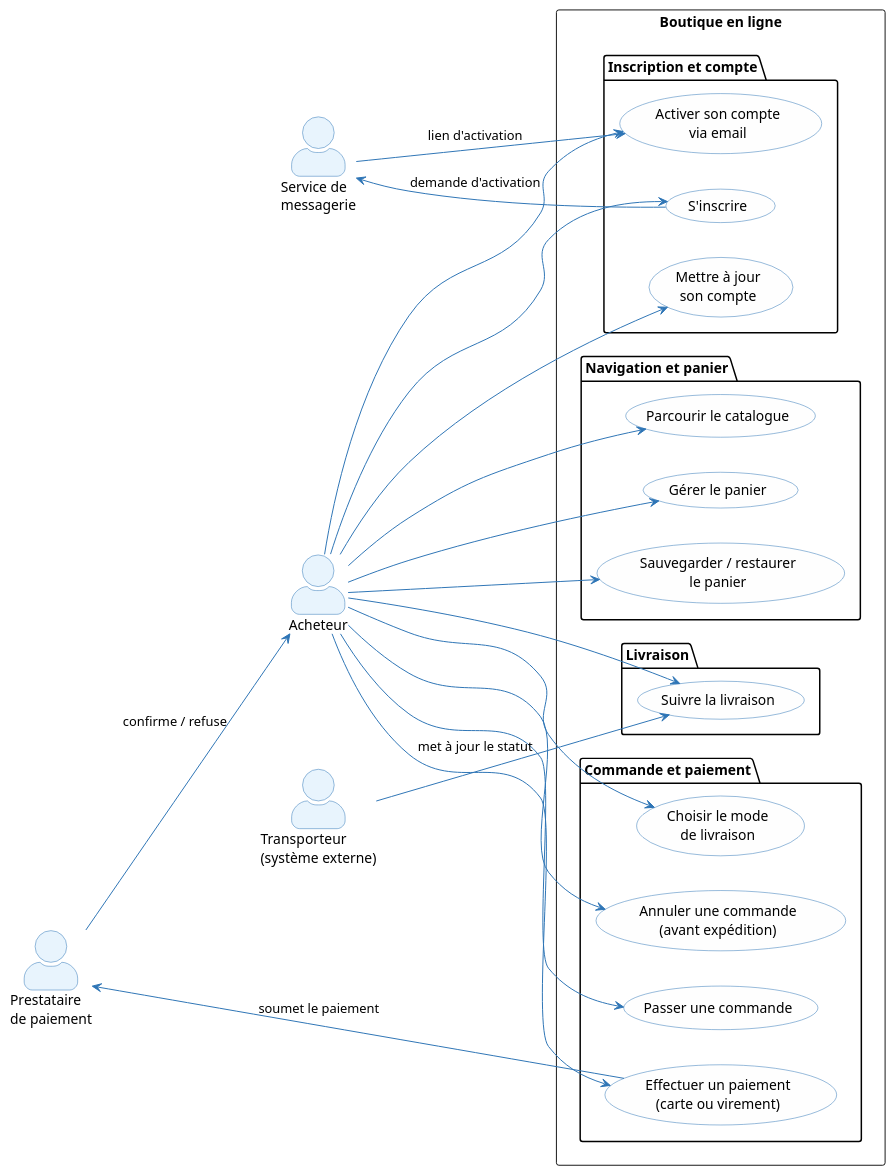
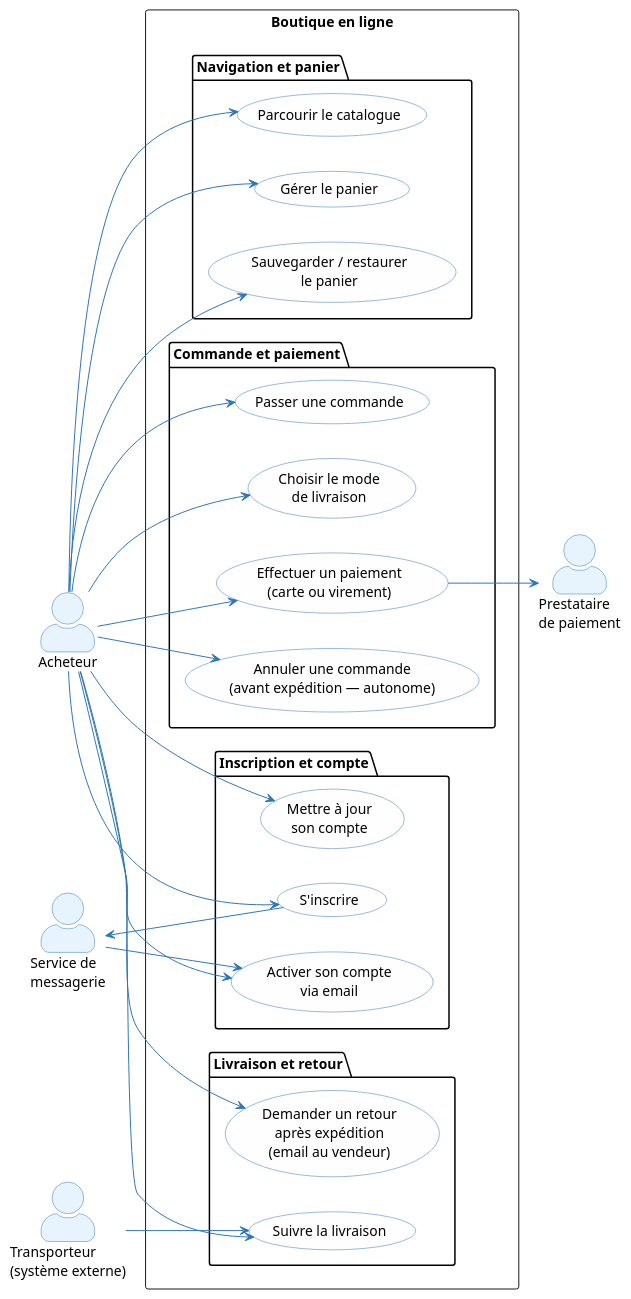
One commit to louistalvande/online_shop changed the third of 6 diagrams in architecture/1_operational_analysis.adoc. Above: the diagram before and after it, drawn with PlantUML. The commit also changed other lines of this file, not shown here.

```diff
--- a/architecture/1_operational_analysis.adoc
+++ b/architecture/1_operational_analysis.adoc
@@ -167,60 +167,61 @@
 [plantuml, oa-uc-buyer, svg]
 ----
 skinparam actorStyle awesome
 skinparam usecase {
   BackgroundColor #FEFEFE
   BorderColor #2E75B6
   ArrowColor #2E75B6
 }
 skinparam actor {
   BackgroundColor #E8F4FD
   BorderColor #2E75B6
 }
 
 left to right direction
 
 actor "Acheteur" as Buyer
 actor "Service de\nmessagerie" as Mail
 actor "Prestataire\nde paiement" as Payment
 actor "Transporteur\n(système externe)" as Carrier
 
 rectangle "Boutique en ligne" {
   package "Inscription et compte" {
     usecase (S'inscrire) as UC_B0
     usecase (Activer son compte\nvia email) as UC_B0B
     usecase (Mettre à jour\nson compte) as UC_B_ACC
   }
   package "Navigation et panier" {
     usecase (Parcourir le catalogue) as UC_B1
     usecase (Gérer le panier) as UC_B2
     usecase (Sauvegarder / restaurer\nle panier) as UC_B2B
   }
   package "Commande et paiement" {
     usecase (Passer une commande) as UC_B3
     usecase (Choisir le mode\nde livraison) as UC_B4B
     usecase "Effectuer un paiement\n(carte ou virement)" as UC_B4
-    usecase "Annuler une commande\n(avant expédition)" as UC_B6
+    usecase "Annuler une commande\n(avant expédition — autonome)" as UC_B6
   }
-  package "Livraison" {
+  package "Livraison et retour" {
     usecase (Suivre la livraison) as UC_B5
+    usecase "Demander un retour\naprès expédition\n(email au vendeur)" as UC_B7
   }
 }
 
 Buyer --> UC_B0
 Buyer --> UC_B0B
 Buyer --> UC_B_ACC
 Buyer --> UC_B1
 Buyer --> UC_B2
 Buyer --> UC_B2B
 Buyer --> UC_B3
 Buyer --> UC_B4B
 Buyer --> UC_B4
 Buyer --> UC_B5
 Buyer --> UC_B6
+Buyer --> UC_B7
 
-UC_B0 --> Mail : demande d'activation
-Mail --> UC_B0B : lien d'activation
-UC_B4 --> Payment : soumet le paiement
-Payment --> Buyer : confirme / refuse
-Carrier --> UC_B5 : met à jour le statut
+UC_B0 --> Mail
+Mail --> UC_B0B
+UC_B4 --> Payment
+Carrier --> UC_B5
 ----
```
